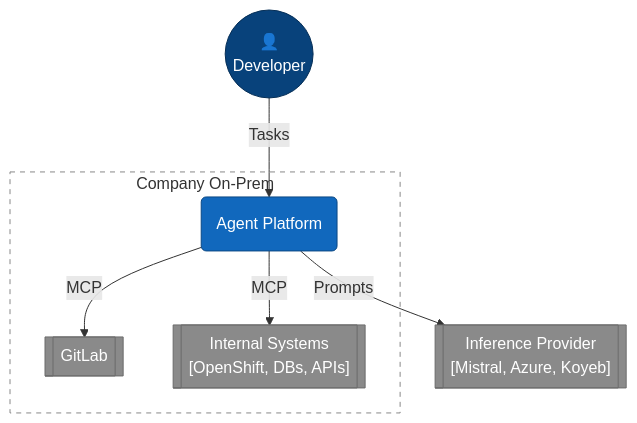
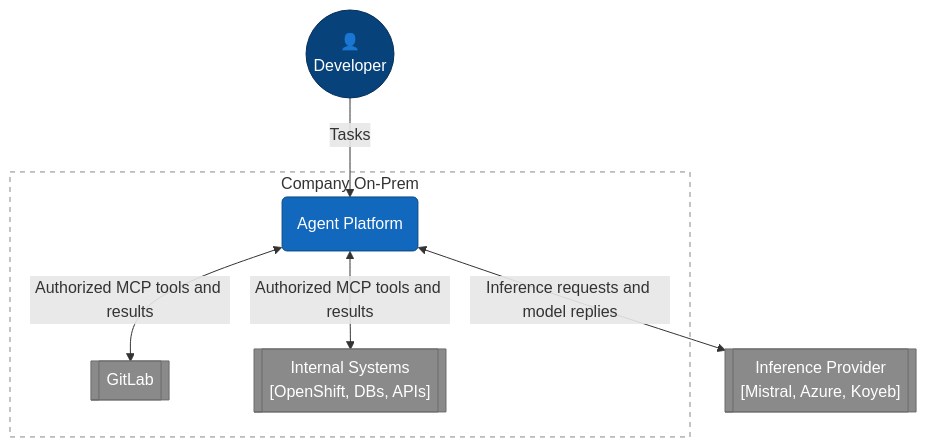
One commit to ghinta/coding-agent changed the second of 2 diagrams in README.md. Above: the diagram before and after it, drawn with Mermaid. The commit also changed other lines of this file and 4 other files, not shown here.

````diff
--- a/README.md
+++ b/README.md
@@ -9,24 +61,24 @@
 ```mermaid
 flowchart TB
     dev(("👤<br/>Developer"))
     llm[["Inference Provider<br/>[Mistral, Azure, Koyeb]"]]
 
     subgraph company ["Company On-Prem"]
         platform("Agent Platform")
         gitlab[["GitLab"]]
         internal[["Internal Systems<br/>[OpenShift, DBs, APIs]"]]
     end
 
     dev -->|Tasks| platform
-    platform -->|Prompts| llm
-    platform -->|MCP| gitlab
-    platform -->|MCP| internal
+    platform <-->|Inference requests and model replies| llm
+    platform <-->|Authorized MCP tools and results| gitlab
+    platform <-->|Authorized MCP tools and results| internal
 
     classDef person fill:#08427b,stroke:#052e56,color:#fff
     classDef system fill:#1168bd,stroke:#0b4884,color:#fff
     classDef ext fill:#8a8a8a,stroke:#6b6b6b,color:#fff
     class dev person
     class platform system
     class llm,gitlab,internal ext
     style company fill:none,stroke:#888,stroke-dasharray:5 5
 ```
````
